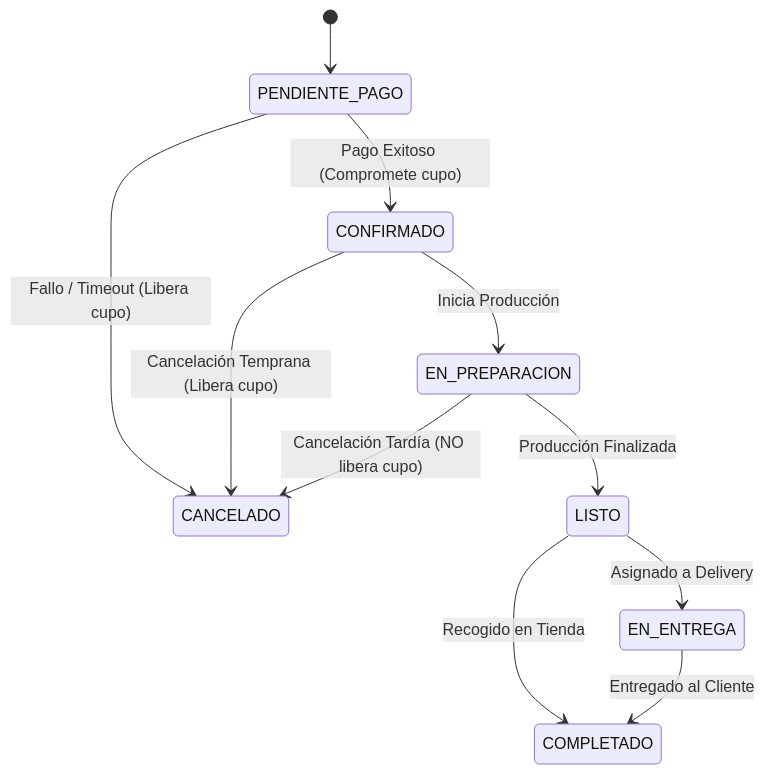
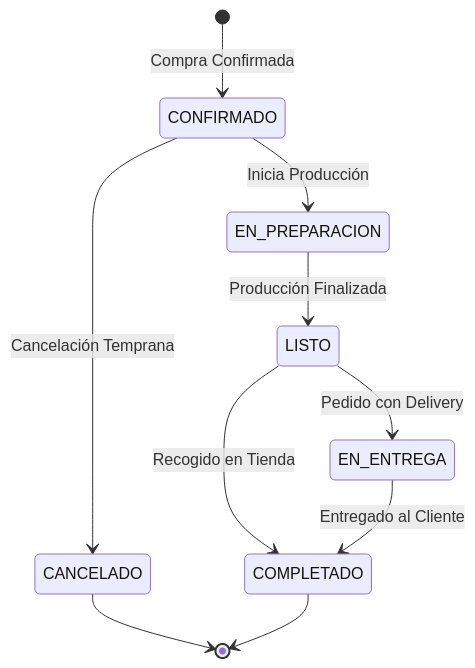
Before and after one commit to iJosueeh/jaldishop: the third of 3 diagrams in docs/03-requisitos/alcance-mvp.md, drawn with Mermaid. The commit also changed other lines of this file and 3 other files, not shown here.

````diff
--- a/docs/03-requisitos/alcance-mvp.md
+++ b/docs/03-requisitos/alcance-mvp.md
@@ -102,17 +193,12 @@
 ```mermaid
 stateDiagram-v2
-    [*] --> PENDIENTE_PAGO
-    PENDIENTE_PAGO --> CONFIRMADO : Pago Exitoso (Compromete cupo)
-    PENDIENTE_PAGO --> CANCELADO : Fallo / Timeout (Libera cupo)
-
+    [*] --> CONFIRMADO : Compra Confirmada
     CONFIRMADO --> EN_PREPARACION : Inicia Producción
-    CONFIRMADO --> CANCELADO : Cancelación Temprana (Libera cupo)
-
+    CONFIRMADO --> CANCELADO : Cancelación Temprana
     EN_PREPARACION --> LISTO : Producción Finalizada
-    EN_PREPARACION --> CANCELADO : Cancelación Tardía (NO libera cupo)
-
-    LISTO --> EN_ENTREGA : Asignado a Delivery
+    LISTO --> EN_ENTREGA : Pedido con Delivery
     LISTO --> COMPLETADO : Recogido en Tienda
-
     EN_ENTREGA --> COMPLETADO : Entregado al Cliente
+    CANCELADO --> [*]
+    COMPLETADO --> [*]
 ```
````
